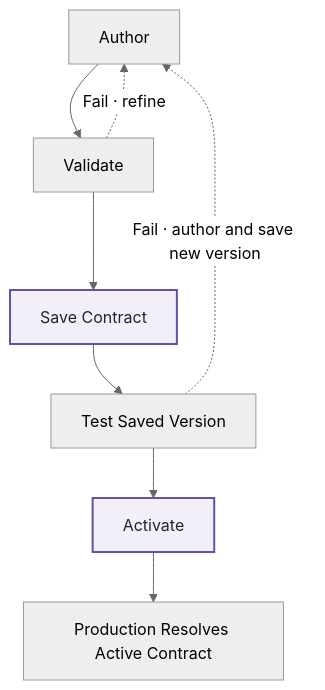
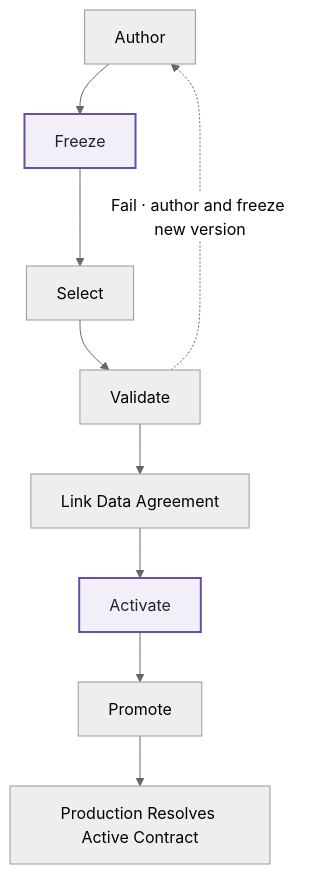
The diagram in docs/how-fabricops-works.md (Voycepeh/FabricOps-Starter-Kit), drawn with Mermaid (neutral theme) before and after one commit. The commit also changed other lines of this file and 11 other files, not shown here.

````diff
--- a/docs/how-fabricops-works.md
+++ b/docs/how-fabricops-works.md
@@ -311,9 +311,8 @@
 ```mermaid
 flowchart TD
-    AUTHOR["Author"] --> VALIDATE["Validate"] --> SAVE["Save Contract"] --> TEST["Test Saved Version"] --> ACTIVATE["Activate"] --> PROD["Production Resolves Active Contract"]
-    VALIDATE -. "Fail · refine" .-> AUTHOR
-    TEST -. "Fail · author and save new version" .-> AUTHOR
+    AUTHOR["Author"] --> FREEZE["Freeze"] --> SELECT["Select"] --> VALIDATE["Validate"] --> LINK["Link Data Agreement"] --> ACTIVATE["Activate"] --> PROMOTE["Promote"] --> PROD["Production Resolves Active Contract"]
+    VALIDATE -. "Fail · author and freeze new version" .-> AUTHOR
 
     classDef focal fill:#f2eff8,stroke:#6750a4,stroke-width:2px,color:#20242d;
-    class SAVE,ACTIVATE focal;
+    class FREEZE,ACTIVATE focal;
 ```
````
